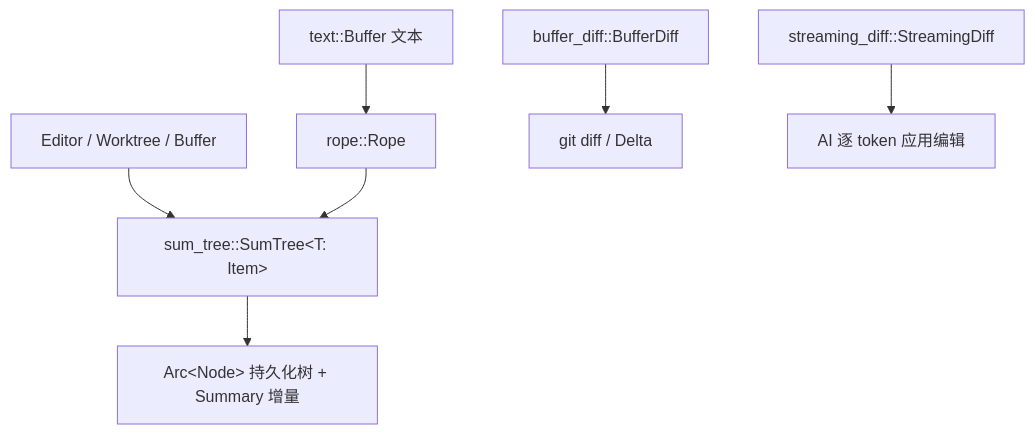
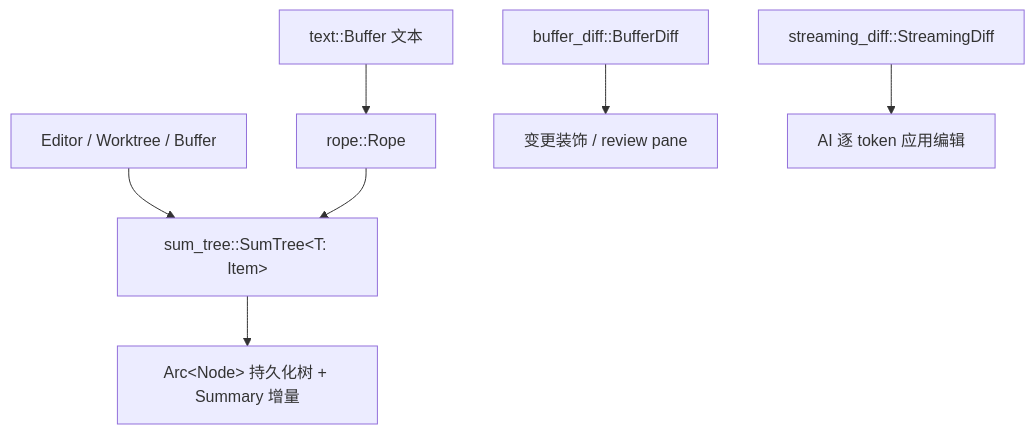
Before and after one commit to rzhangjing/zed: the diagram in wiki/Data-Structures.md, drawn with Mermaid. The commit also changed other lines of this file and 275 other files, not shown here.

````diff
--- a/wiki/Data-Structures.md
+++ b/wiki/Data-Structures.md
@@ -7,9 +7,9 @@
 ```mermaid
 graph TB
     A[Editor / Worktree / Buffer] --> B[sum_tree::SumTree&lt;T: Item&gt;]
     C[text::Buffer 文本] --> D[rope::Rope]
     D --> B
     B --> E[Arc&lt;Node&gt; 持久化树 + Summary 增量]
-    F[buffer_diff::BufferDiff] --> G[git diff / Delta]
+    F[buffer_diff::BufferDiff] --> G[变更装饰 / review pane]
     H[streaming_diff::StreamingDiff] --> I[AI 逐 token 应用编辑]
 ```
````
